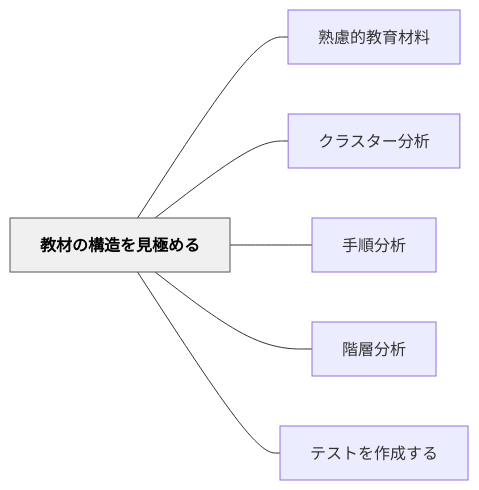
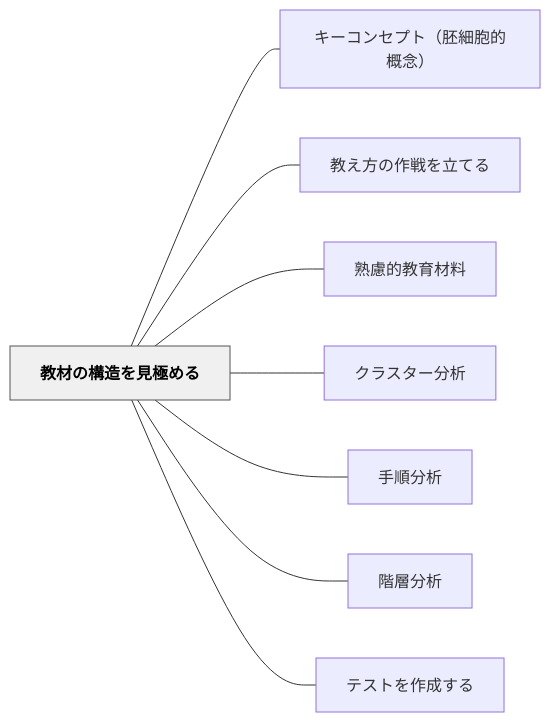
Before and after one commit to unknownthings-ed-patterns/unknownthings-ed-patterns: the diagram in content/パタン/教材の構造を見極める.md, drawn with Mermaid. The commit also changed other lines of this file and 473 other files, not shown here.

````diff
--- a/content/パタン/教材の構造を見極める.md
+++ b/content/パタン/教材の構造を見極める.md
@@ -45,18 +47,22 @@
 ```mermaid
 flowchart LR
     ne69599e69d90["教材の構造を見極める"]
+    ne382ade383bc["キーコンセプト（胚細胞的概念）"]
+    ne69599e38188["教え方の作戦を立てる"]
     ne7869fe685ae["熟慮的教育材料"]
     ne382afe383a9["クラスター分析"]
     ne6898be9a086["手順分析"]
     ne99a8ee5b1a4["階層分析"]
     ne38386e382b9["テストを作成する"]
 
+    ne69599e69d90 --- ne382ade383bc
+    ne69599e69d90 --- ne69599e38188
     ne69599e69d90 --- ne7869fe685ae
     ne69599e69d90 --- ne382afe383a9
     ne69599e69d90 --- ne6898be9a086
     ne69599e69d90 --- ne99a8ee5b1a4
     ne69599e69d90 --- ne38386e382b9
 
     classDef hub fill:#f0f0f0,stroke:#555,color:#000,font-weight:bold
     class ne69599e69d90 hub
 ```
````
